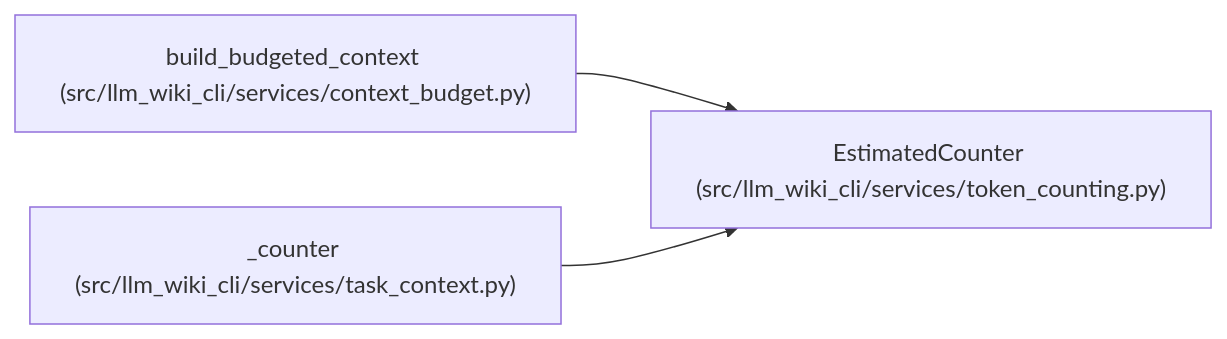
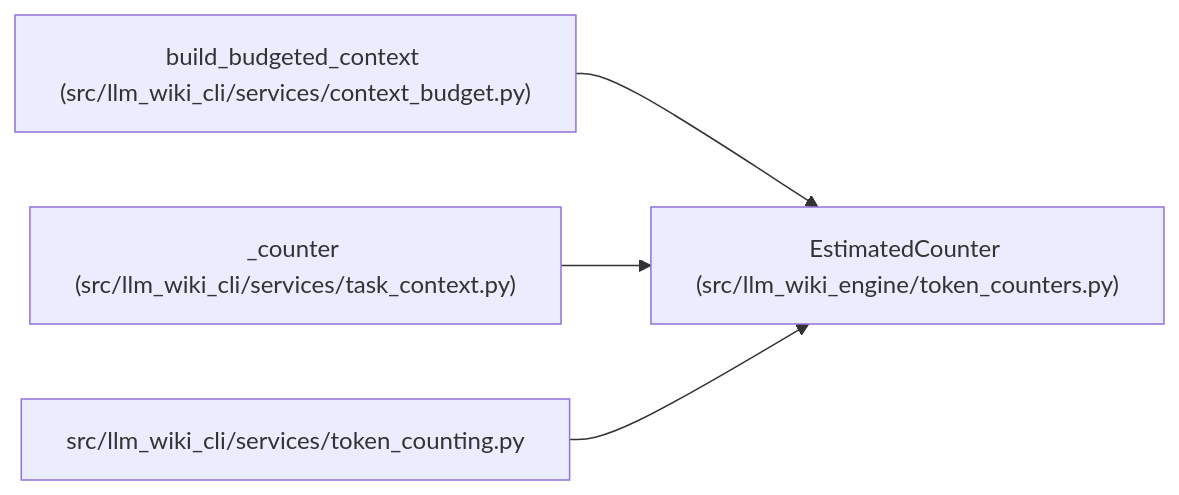
The diagram in docs/llm_wiki/entities/EstimatedCounter.md (Denissvgn/python-wiki-llm), drawn with Mermaid before and after one commit. The commit also changed other lines of this file and 482 other files, not shown here.

Commit message:
docs: refresh the wiki for the engine token counters

````diff
--- a/docs/llm_wiki/entities/EstimatedCounter.md
+++ b/docs/llm_wiki/entities/EstimatedCounter.md
@@ -25,11 +25,14 @@
 ```mermaid
 flowchart LR
-    n0["EstimatedCounter (src/llm_wiki_cli/services/token_counting.py)"]
+    n0["EstimatedCounter (src/llm_wiki_engine/token_counters.py)"]
     n1["build_budgeted_context (src/llm_wiki_cli/services/context_budget.py)"]
     n2["_counter (src/llm_wiki_cli/services/task_context.py)"]
+    n3["src/llm_wiki_cli/services/token_counting.py"]
     n1 --> n0
     n2 --> n0
-    click n0 "../modules/token_counting.md"
+    n3 --> n0
+    click n0 "../modules/token_counters.md"
     click n1 "../modules/context_budget.md"
     click n2 "../modules/task_context.md"
+    click n3 "../modules/token_counting.md"
 ```
````
